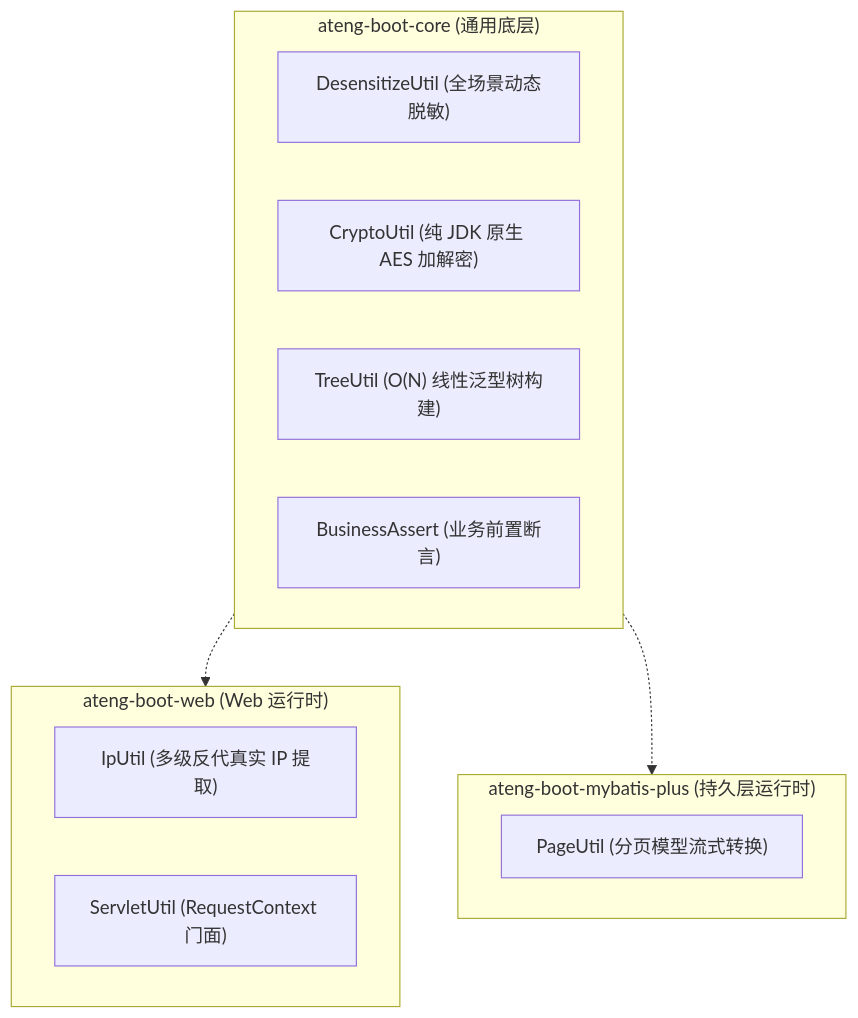
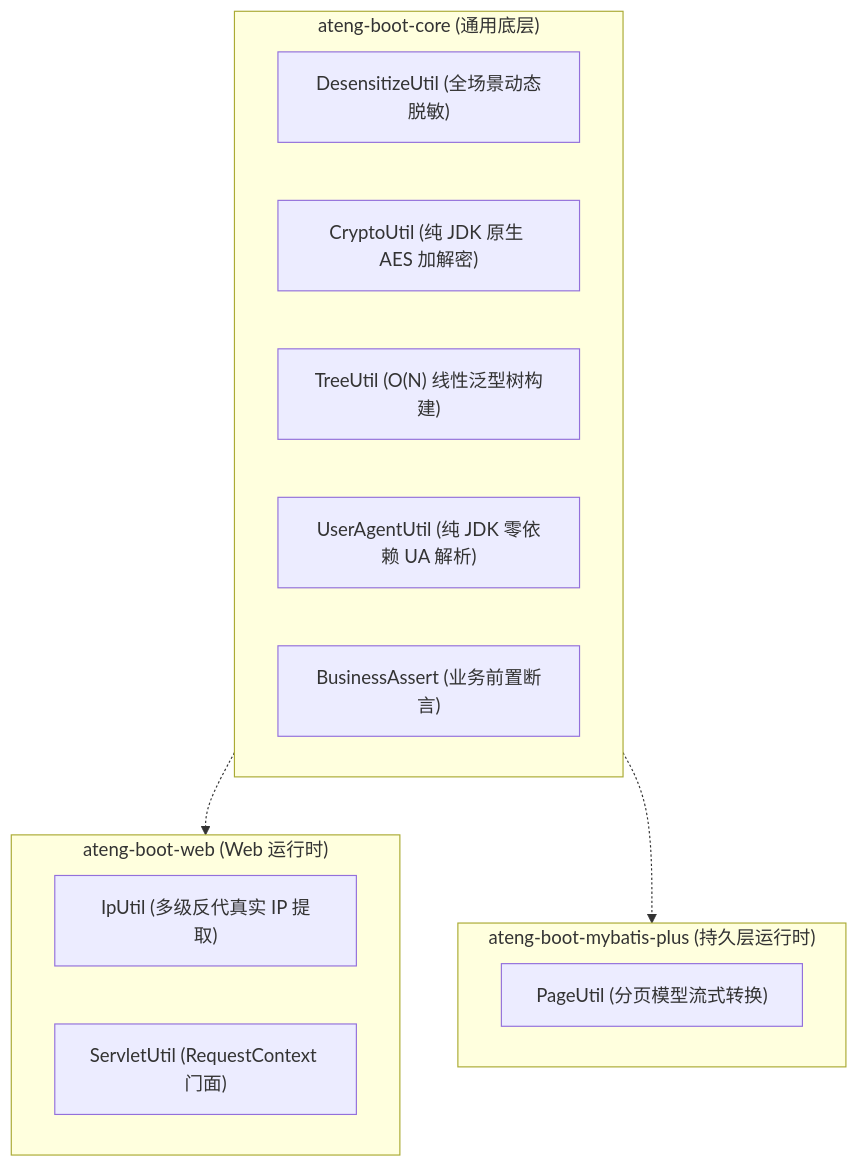
Before and after one commit to atengk/ateng-boot: the diagram in docs/adr/0011-zero-bloat-and-co-located-utilities.md, drawn with Mermaid. The commit also changed other lines of this file and 43 other files, not shown here.

First line of the commit message:
feat(core-web): 实现核心数值保真序列化与操作审计 User-Agent 同步采集解析

````diff
--- a/docs/adr/0011-zero-bloat-and-co-located-utilities.md
+++ b/docs/adr/0011-zero-bloat-and-co-located-utilities.md
@@ -17,21 +17,22 @@
 ```mermaid
 flowchart TD
     subgraph Core["ateng-boot-core (通用底层)"]
         DesensitizeUtil["DesensitizeUtil (全场景动态脱敏)"]
         CryptoUtil["CryptoUtil (纯 JDK 原生 AES 加解密)"]
         TreeUtil["TreeUtil (O(N) 线性泛型树构建)"]
+        UserAgentUtil["UserAgentUtil (纯 JDK 零依赖 UA 解析)"]
         BusinessAssert["BusinessAssert (业务前置断言)"]
     end
 
     subgraph Web["ateng-boot-web (Web 运行时)"]
         IpUtil["IpUtil (多级反代真实 IP 提取)"]
         ServletUtil["ServletUtil (RequestContext 门面)"]
     end
 
     subgraph MP["ateng-boot-mybatis-plus (持久层运行时)"]
         PageUtil["PageUtil (分页模型流式转换)"]
     end
 
     Core -.-> Web
     Core -.-> MP
 ```
````
